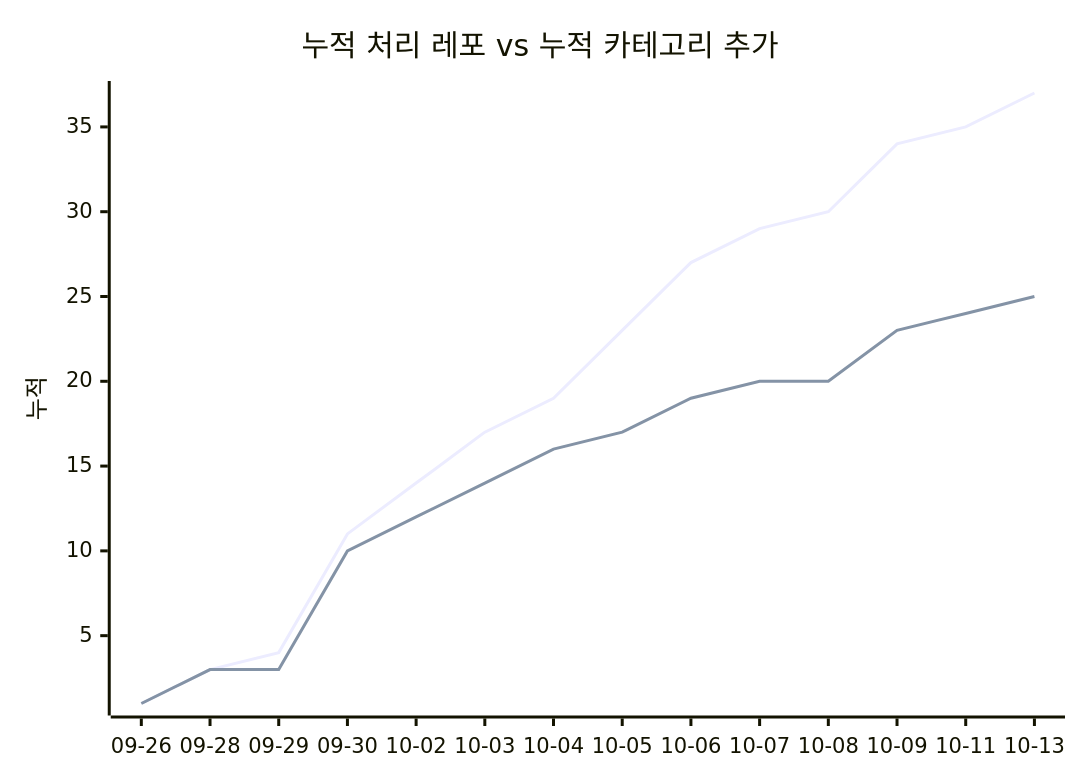
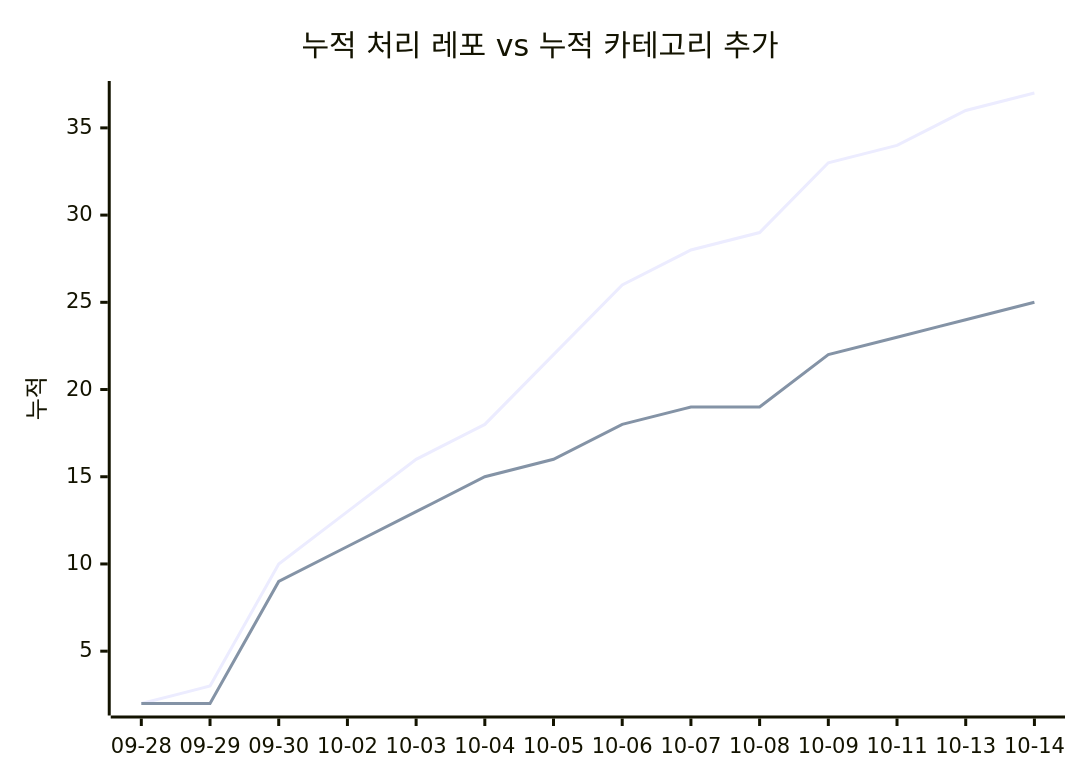
One commit to J-nowcow/awesome-korean-agent-skills changed the second of 2 diagrams in docs/trends.md. Above: the diagram before and after it, drawn with Mermaid. The commit also changed other lines of this file and 4 other files, not shown here.

````diff
--- a/docs/trends.md
+++ b/docs/trends.md
@@ -68,8 +68,8 @@
 ```mermaid
 xychart-beta
     title "누적 처리 레포 vs 누적 카테고리 추가"
-    x-axis ["09-26","09-28","09-29","09-30","10-02","10-03","10-04","10-05","10-06","10-07","10-08","10-09","10-11","10-13"]
+    x-axis ["09-28","09-29","09-30","10-02","10-03","10-04","10-05","10-06","10-07","10-08","10-09","10-11","10-13","10-14"]
     y-axis "누적"
-    line [1,3,4,11,14,17,19,23,27,29,30,34,35,37]
-    line [1,3,3,10,12,14,16,17,19,20,20,23,24,25]
+    line [2,3,10,13,16,18,22,26,28,29,33,34,36,37]
+    line [2,2,9,11,13,15,16,18,19,19,22,23,24,25]
 ```
````
